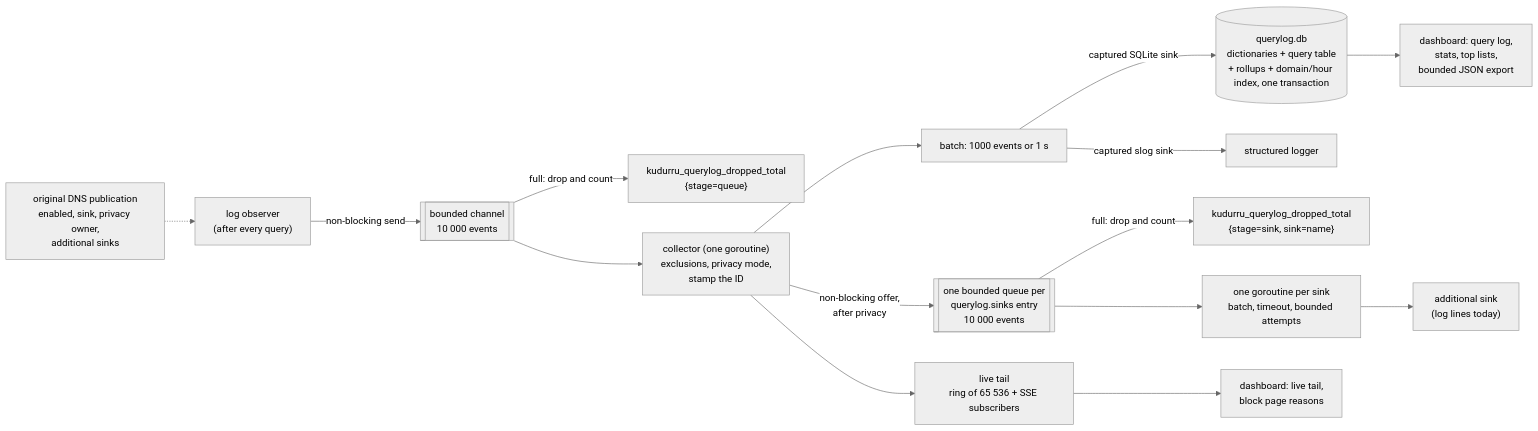
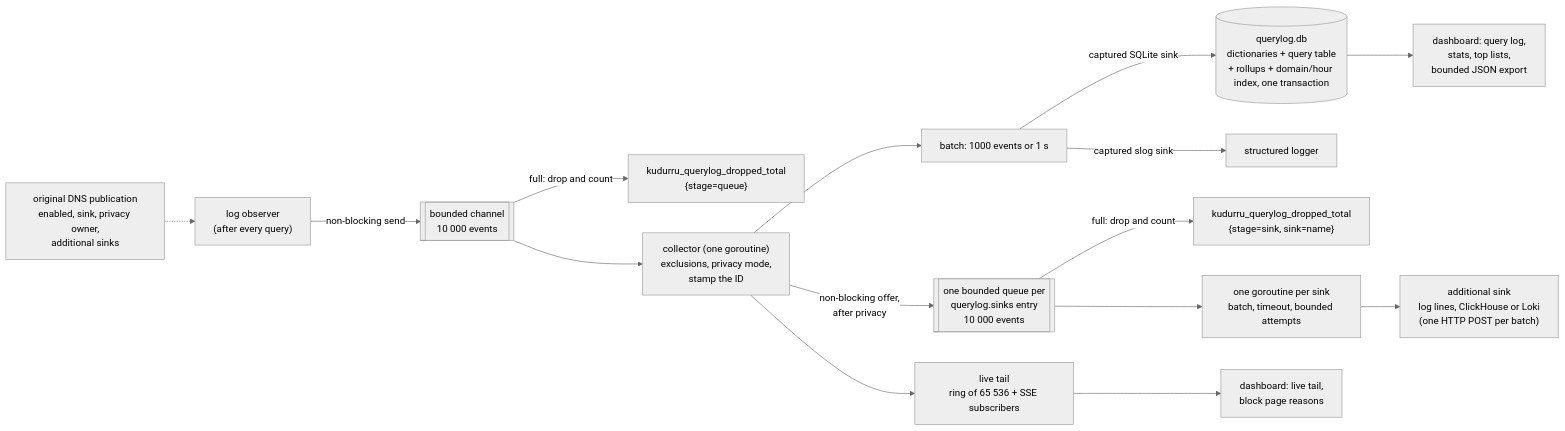
Before and after one commit to robertherbaugh/kudurru: the first of 5 diagrams in docs/architecture/observability.md, drawn with Mermaid (neutral theme). The commit also changed other lines of this file, not shown here.

First line of the commit message:
docs(architecture): describe the HTTP query-log sinks

````diff
--- a/docs/architecture/observability.md
+++ b/docs/architecture/observability.md
@@ -93,17 +93,17 @@
 ```mermaid
 flowchart LR
     OBS["log observer<br/>(after every query)"] -->|"non-blocking send"| CH[["bounded channel<br/>10 000 events"]]
     CH -->|"full: drop and count"| DROP["kudurru_querylog_dropped_total<br/>{stage=queue}"]
     CH --> COL["collector (one goroutine)<br/>exclusions, privacy mode,<br/>stamp the ID"]
     COL --> TAIL["live tail<br/>ring of 65 536 + SSE subscribers"]
     COL --> BATCH["batch: 1000 events or 1 s"]
     PUB["original DNS publication<br/>enabled, sink, privacy owner,<br/>additional sinks"] -.-> OBS
     BATCH -->|"captured SQLite sink"| DB[("querylog.db<br/>dictionaries + query table<br/>+ rollups + domain/hour index, one transaction")]
     BATCH -->|"captured slog sink"| SLOG["structured logger"]
     COL -->|"non-blocking offer,<br/>after privacy"| SQ[["one bounded queue per<br/>querylog.sinks entry<br/>10 000 events"]]
     SQ -->|"full: drop and count"| SDROP["kudurru_querylog_dropped_total<br/>{stage=sink, sink=name}"]
     SQ --> SW["one goroutine per sink<br/>batch, timeout, bounded attempts"]
-    SW --> EXT["additional sink<br/>(log lines today)"]
+    SW --> EXT["additional sink<br/>log lines, ClickHouse or Loki<br/>(one HTTP POST per batch)"]
     TAIL --> API["dashboard: live tail,<br/>block page reasons"]
     DB --> API2["dashboard: query log,<br/>stats, top lists,<br/>bounded JSON export"]
 ```
````
